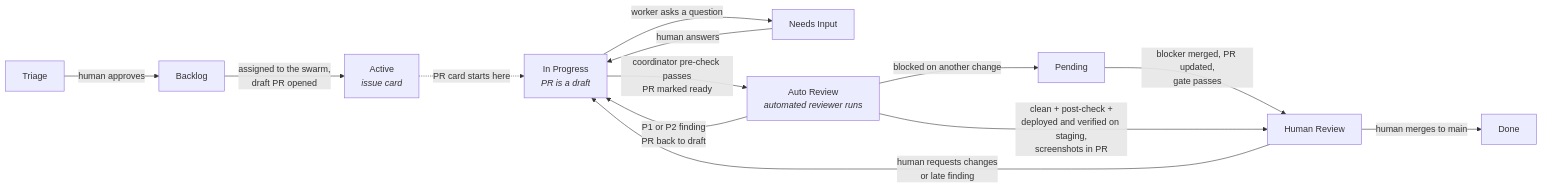
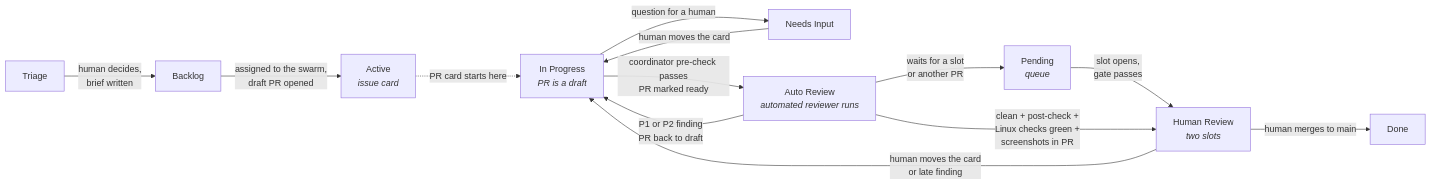
One commit to tangentcode/methodology changed the diagram in diagrams-src/board.mmd. Above: the diagram before and after it, drawn with Mermaid. The commit also changed 19 other files, not shown here.

```diff
--- a/diagrams-src/board.mmd
+++ b/diagrams-src/board.mmd
@@ -1,13 +1,13 @@
 flowchart LR
-    T[Triage] -->|human approves| B[Backlog]
+    T[Triage] -->|human decides,<br/>brief written| B[Backlog]
     B -->|assigned to the swarm,<br/>draft PR opened| AC[Active<br/><i>issue card</i>]
     AC -.->|PR card starts here| IP[In Progress<br/><i>PR is a draft</i>]
-    IP -->|worker asks a question| NI[Needs Input]
-    NI -->|human answers| IP
+    IP -->|question for a human| NI[Needs Input]
+    NI -->|human moves the card| IP
     IP -->|coordinator pre-check passes<br/>PR marked ready| AR[Auto Review<br/><i>automated reviewer runs</i>]
     AR -->|P1 or P2 finding<br/>PR back to draft| IP
-    AR -->|blocked on another change| P[Pending]
-    P -->|blocker merged, PR updated,<br/>gate passes| HR
-    AR -->|clean + post-check +<br/>deployed and verified on staging,<br/>screenshots in PR| HR[Human Review]
-    HR -->|human requests changes<br/>or late finding| IP
+    AR -->|waits for a slot<br/>or another PR| P[Pending<br/><i>queue</i>]
+    P -->|slot opens,<br/>gate passes| HR
+    AR -->|clean + post-check +<br/>Linux checks green +<br/>screenshots in PR| HR[Human Review<br/><i>two slots</i>]
+    HR -->|human moves the card<br/>or late finding| IP
     HR -->|human merges to main| D[Done]
```
